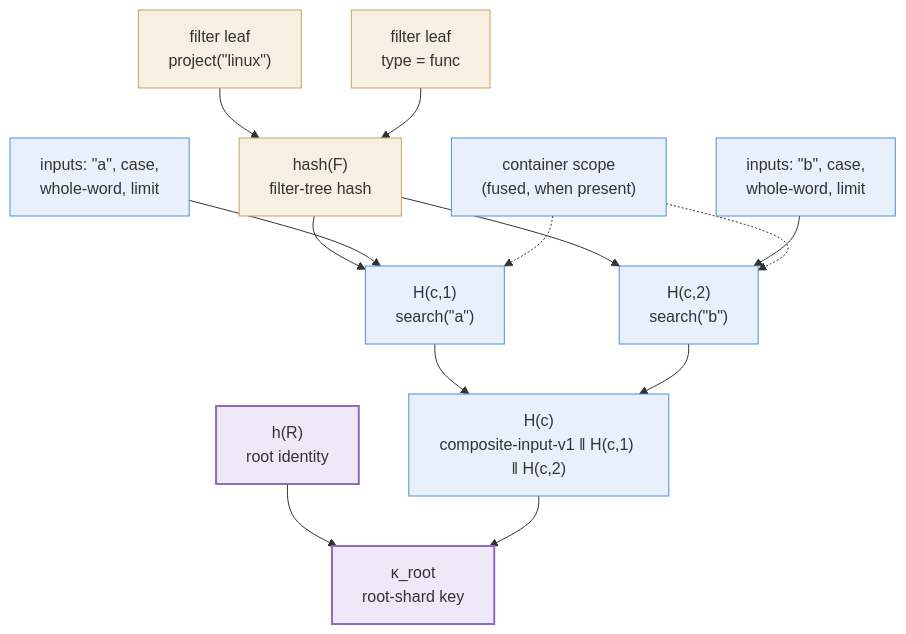
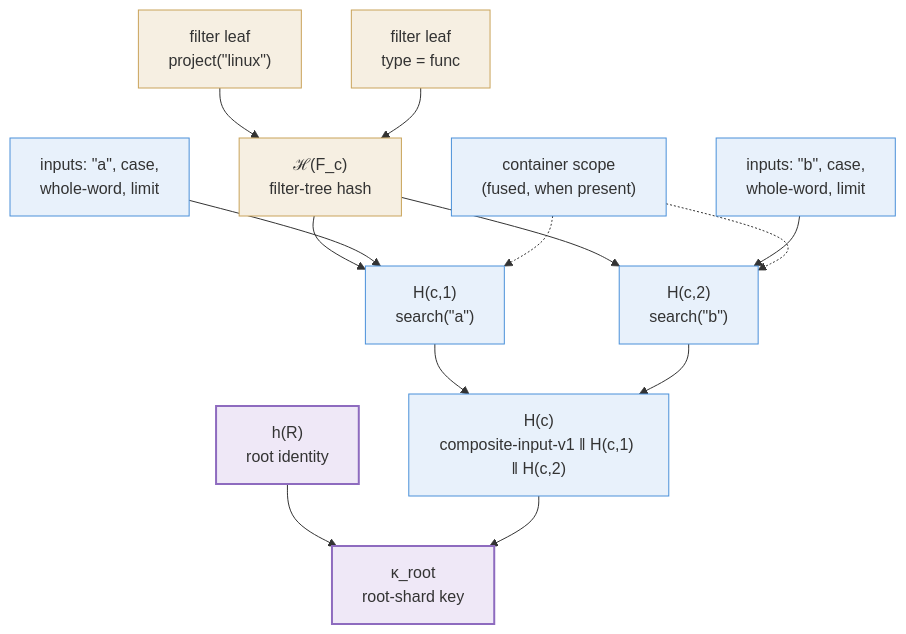
Before and after one commit to codevyr/codevyr.github.io: the diagram in content/docs/design/layer-keys.md, drawn with Mermaid. The commit also changed other lines of this file and 3 other files, not shown here.

````diff
--- a/content/docs/design/layer-keys.md
+++ b/content/docs/design/layer-keys.md
@@ -121,22 +121,22 @@
 ```mermaid
 graph TD
-    L1["filter leaf<br/>project(&quot;linux&quot;)"] --> F["hash(F)<br/>filter-tree hash"]
+    L1["filter leaf<br/>project(&quot;linux&quot;)"] --> F["ℋ(F_c)<br/>filter-tree hash"]
     L2["filter leaf<br/>type = func"] --> F
     F --> H1["H(c,1)<br/>search(&quot;a&quot;)"]
     F --> H2["H(c,2)<br/>search(&quot;b&quot;)"]
     I1["inputs: &quot;a&quot;, case,<br/>whole-word, limit"] --> H1
     I2["inputs: &quot;b&quot;, case,<br/>whole-word, limit"] --> H2
     PS["container scope<br/>(fused, when present)"] -.-> H1
     PS -.-> H2
     H1 --> HT["H(c)<br/>composite-input-v1 ‖ H(c,1) ‖ H(c,2)"]
     H2 --> HT
     HR["h(R)<br/>root identity"] --> K["κ_root<br/>root-shard key"]
     HT --> K
 
     classDef filt fill:#f6efe2,stroke:#c9a35a;
     classDef verb fill:#e8f1fb,stroke:#4a90d9;
     classDef key fill:#efe8f7,stroke:#8e6bbf,stroke-width:2px;
     class L1,L2,F filt;
     class I1,I2,H1,H2,HT,PS verb;
     class HR,K key;
 ```
````
